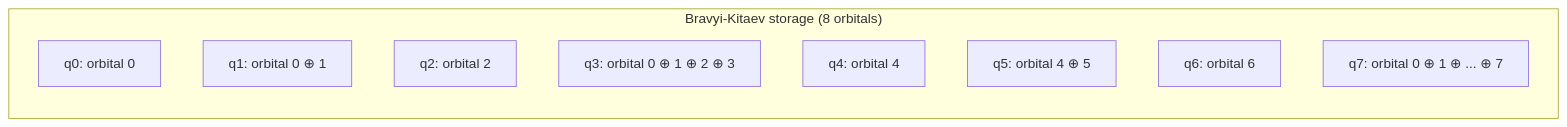
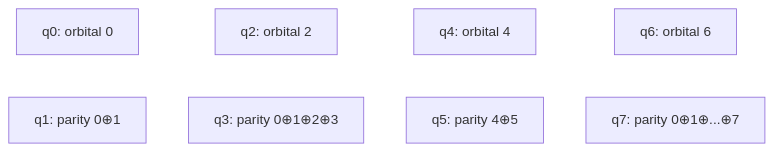
The fourth of 7 diagrams in book/05-visual-encodings.md (johnazariah/encodings), drawn with Mermaid before and after one commit. The commit also changed other lines of this file and 2 other files, not shown here.

First line of the commit message:
book: fix diagram clipping and text sizing in Ch 5

````diff
--- a/book/05-visual-encodings.md
+++ b/book/05-visual-encodings.md
@@ -198,14 +185,7 @@
 ```mermaid
-flowchart LR
-    subgraph BKStorage["Bravyi-Kitaev storage (8 orbitals)"]
-        direction TB
-        Q0["q0: orbital 0"]
-        Q1["q1: orbital 0 ⊕ 1"]
-        Q2["q2: orbital 2"]
-        Q3["q3: orbital 0 ⊕ 1 ⊕ 2 ⊕ 3"]
-        Q4["q4: orbital 4"]
-        Q5["q5: orbital 4 ⊕ 5"]
-        Q6["q6: orbital 6"]
-        Q7["q7: orbital 0 ⊕ 1 ⊕ ... ⊕ 7"]
-    end
+flowchart TD
+    Q0["q0: orbital 0"] ~~~ Q1["q1: parity 0⊕1"]
+    Q2["q2: orbital 2"] ~~~ Q3["q3: parity 0⊕1⊕2⊕3"]
+    Q4["q4: orbital 4"] ~~~ Q5["q5: parity 4⊕5"]
+    Q6["q6: orbital 6"] ~~~ Q7["q7: parity 0⊕1⊕...⊕7"]
 ```
````
